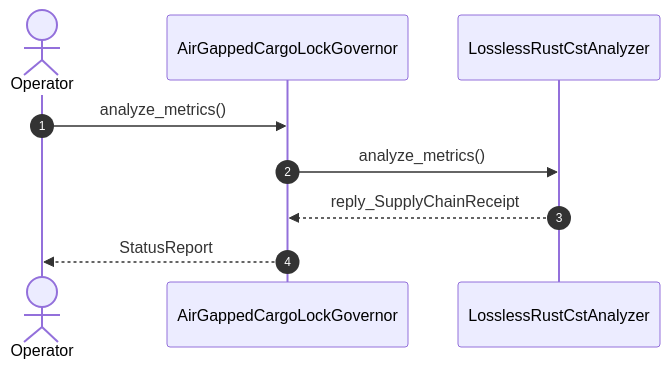
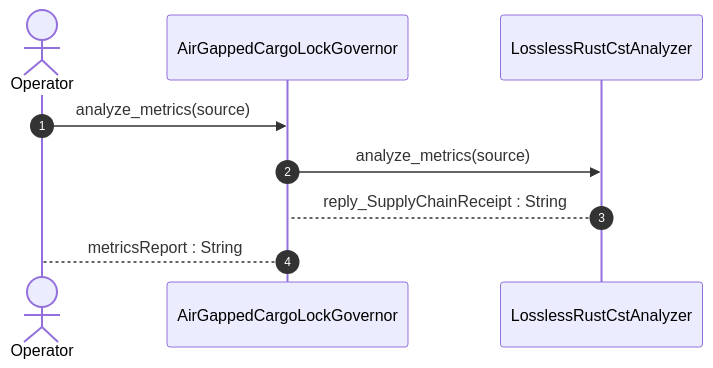
One commit to gintatkinson/DEAP01-spec-core changed the diagram in .pipeline/upstream/docs/user-stories/US-58-analyze_metrics.md. Above: the diagram before and after it, drawn with Mermaid. The commit also changed other lines of this file and 225 other files, not shown here.

````diff
--- a/.pipeline/upstream/docs/user-stories/US-58-analyze_metrics.md
+++ b/.pipeline/upstream/docs/user-stories/US-58-analyze_metrics.md
@@ -37,11 +38,11 @@
 ```mermaid
 sequenceDiagram
     autonumber
     actor Operator
     participant AirGappedCargoLockGovernor
     participant LosslessRustCstAnalyzer
-    Operator->>AirGappedCargoLockGovernor: analyze_metrics()
-    AirGappedCargoLockGovernor->>LosslessRustCstAnalyzer: analyze_metrics()
-    LosslessRustCstAnalyzer-->>AirGappedCargoLockGovernor: reply_SupplyChainReceipt
-    AirGappedCargoLockGovernor-->>Operator: StatusReport
+    Operator->>AirGappedCargoLockGovernor: analyze_metrics(source)
+    AirGappedCargoLockGovernor->>LosslessRustCstAnalyzer: analyze_metrics(source)
+    LosslessRustCstAnalyzer-->AirGappedCargoLockGovernor: reply_SupplyChainReceipt : String
+    AirGappedCargoLockGovernor-->Operator: metricsReport : String
 ```
````
